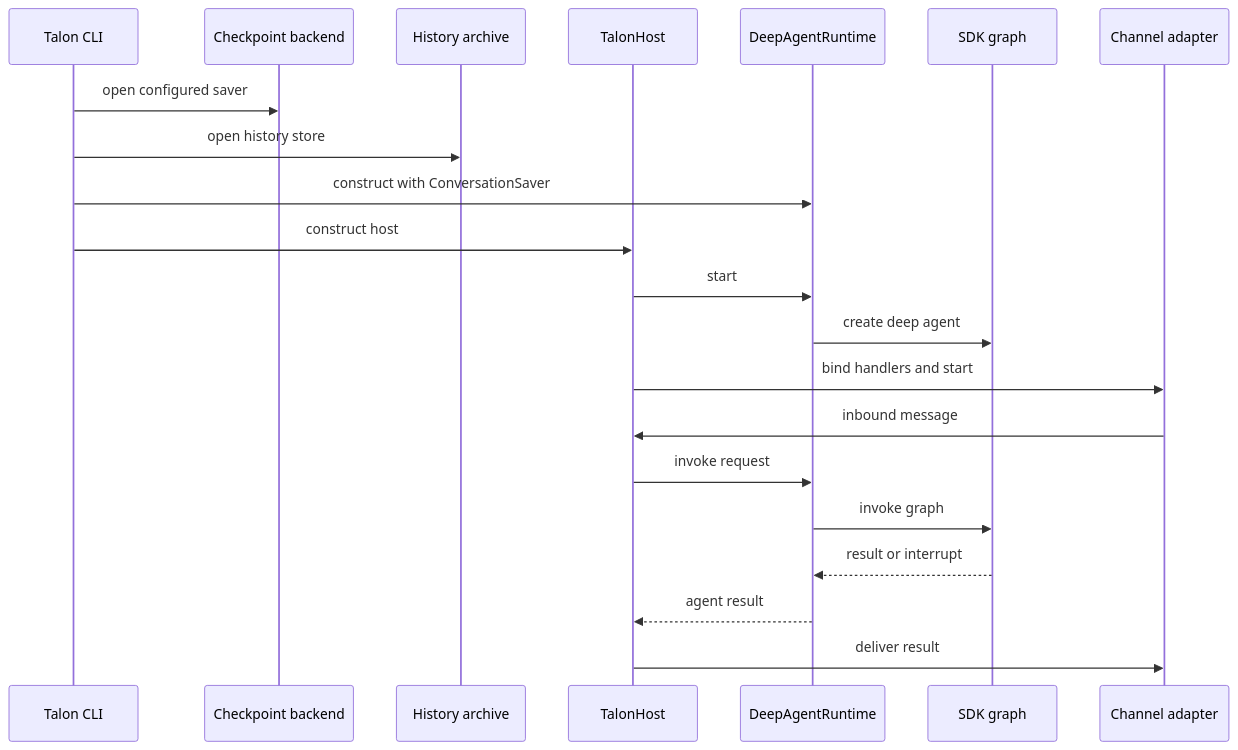
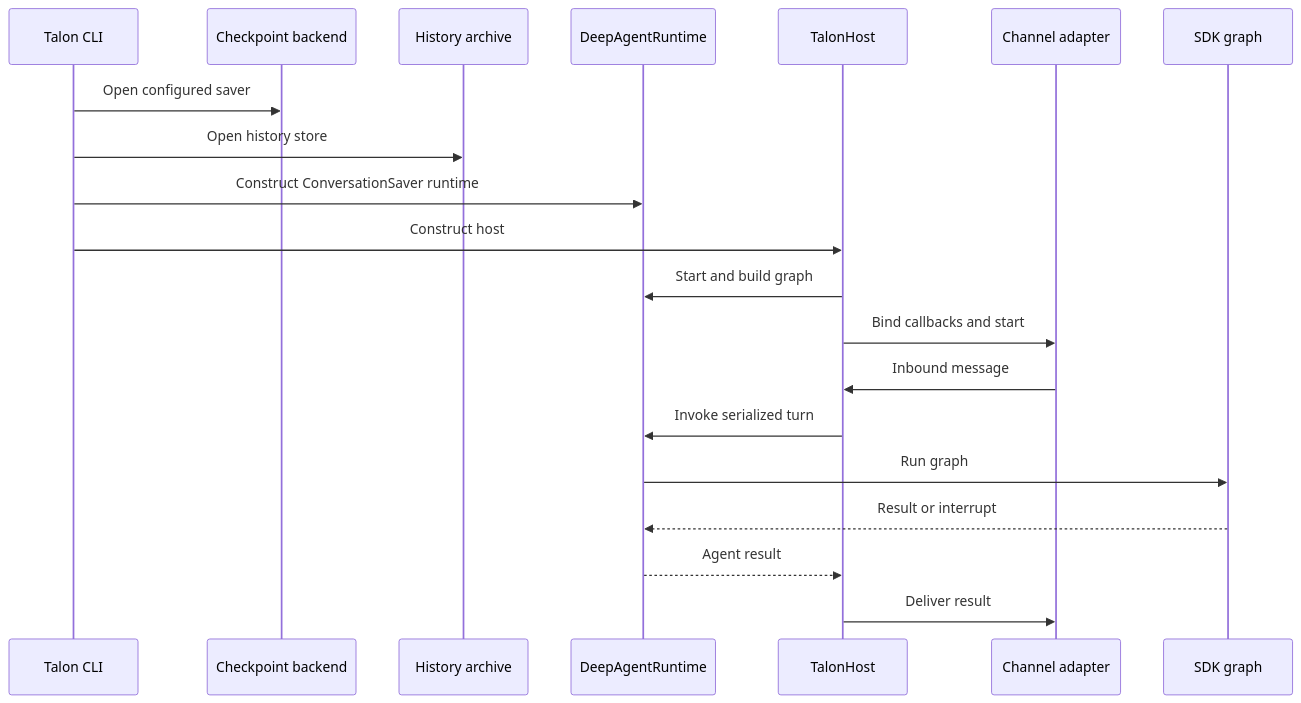
The second of 2 diagrams in openwiki/architecture/overview.md (langchain-ai/deepagents), drawn with Mermaid before and after one commit. The commit also changed other lines of this file and 67 other files, not shown here.

````diff
--- a/openwiki/architecture/overview.md
+++ b/openwiki/architecture/overview.md
@@ -140,23 +141,22 @@
 ```mermaid
 sequenceDiagram
   participant Cli as Talon CLI
   participant Checkpoints as Checkpoint backend
   participant Archive as History archive
+  participant Runtime as DeepAgentRuntime
   participant Host as TalonHost
-  participant Runtime as DeepAgentRuntime
+  participant Channel as Channel adapter
   participant Graph as SDK graph
-  participant Channel as Channel adapter
-  Cli->>Checkpoints: open configured saver
-  Cli->>Archive: open history store
-  Cli->>Runtime: construct with ConversationSaver
-  Cli->>Host: construct host
-  Host->>Runtime: start
-  Runtime->>Graph: create deep agent
-  Host->>Channel: bind handlers and start
-  Channel->>Host: inbound message
-  Host->>Runtime: invoke request
-  Runtime->>Graph: invoke graph
-  Graph-->>Runtime: result or interrupt
-  Runtime-->>Host: agent result
-  Host->>Channel: deliver result
+  Cli->>Checkpoints: Open configured saver
+  Cli->>Archive: Open history store
+  Cli->>Runtime: Construct ConversationSaver runtime
+  Cli->>Host: Construct host
+  Host->>Runtime: Start and build graph
+  Host->>Channel: Bind callbacks and start
+  Channel->>Host: Inbound message
+  Host->>Runtime: Invoke serialized turn
+  Runtime->>Graph: Run graph
+  Graph-->>Runtime: Result or interrupt
+  Runtime-->>Host: Agent result
+  Host->>Channel: Deliver result
 ```
````
